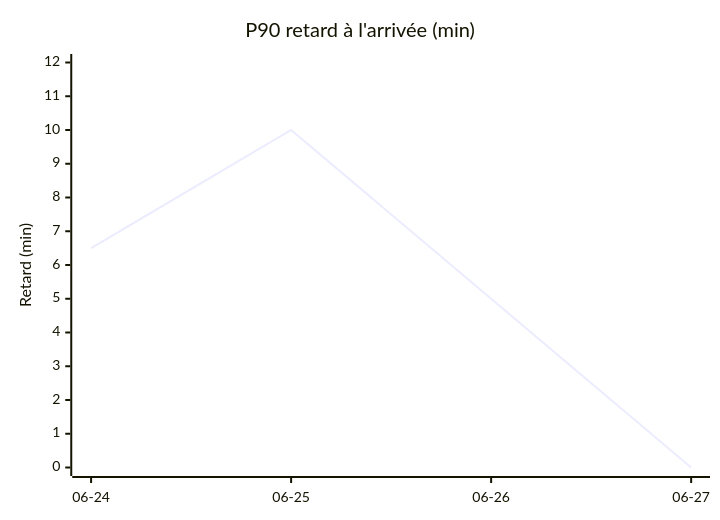
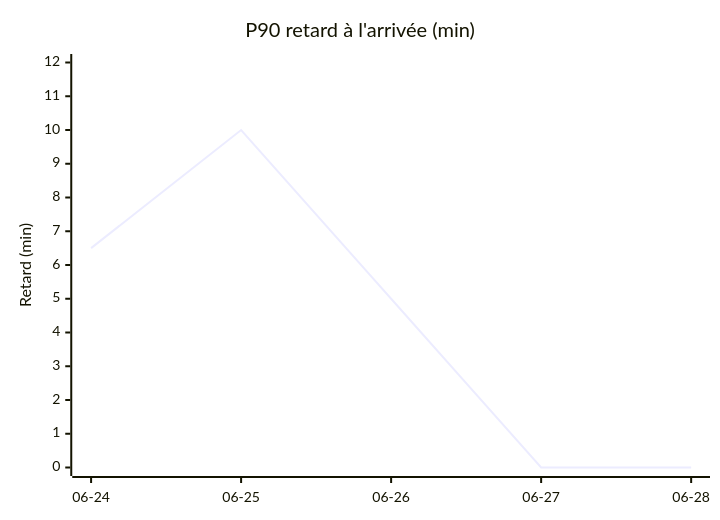
The first of 4 diagrams in STATS.md (antoinerep/horaire-ter), drawn with Mermaid before and after one commit. The commit also changed other lines of this file and 1 other file, not shown here.

````diff
--- a/STATS.md
+++ b/STATS.md
@@ -29,7 +29,7 @@
 ```mermaid
 xychart-beta
     title "P90 retard à l'arrivée (min)"
-    x-axis ["06-24", "06-25", "06-26", "06-27"]
+    x-axis ["06-24", "06-25", "06-26", "06-27", "06-28"]
     y-axis "Retard (min)" 0 --> 12
-    line [6.5, 10.0, 5.0, 0.0]
+    line [6.5, 10.0, 5.0, 0.0, 0.0]
 ```
````
